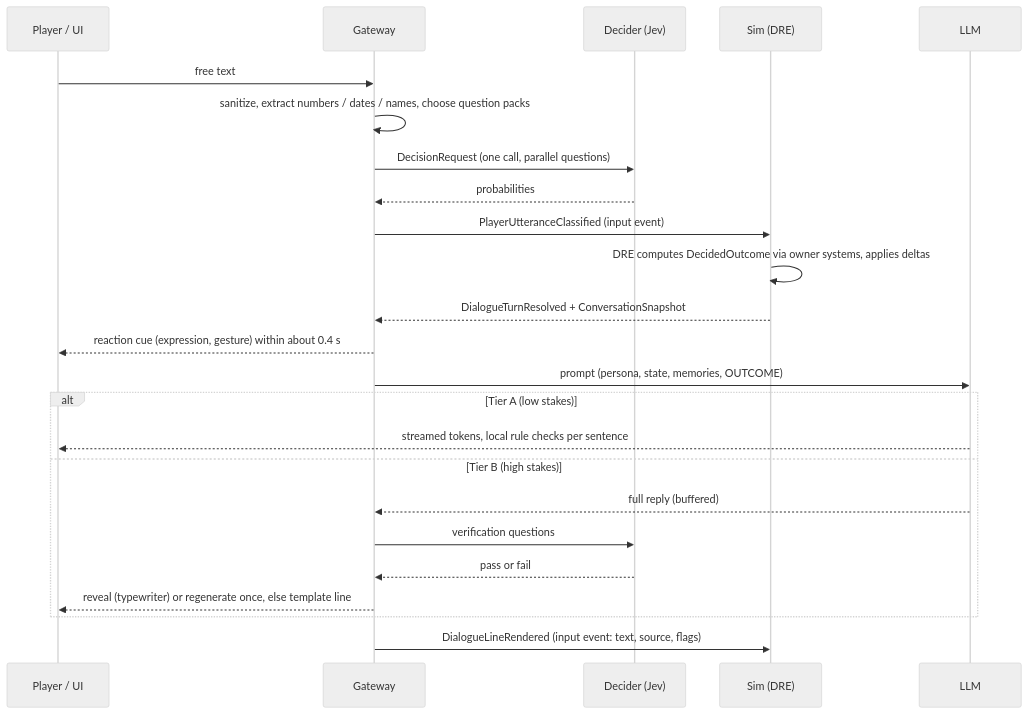
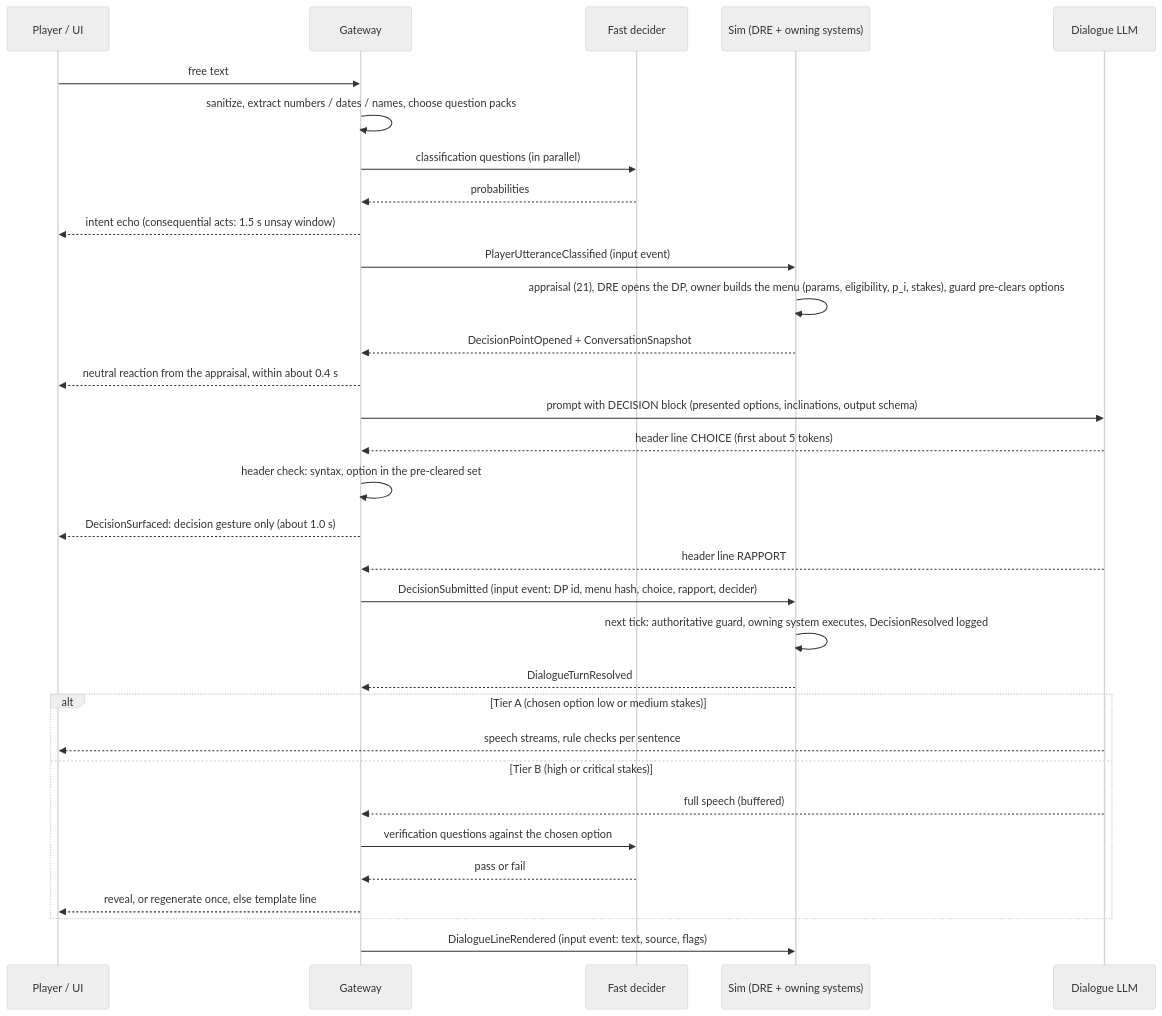
One commit to elefant35/FeudalSim changed the third of 3 diagrams in docs/tech/22-llm-integration.md. Above: the diagram before and after it, drawn with Mermaid (neutral theme). The commit also changed other lines of this file and 35 other files, not shown here.

````diff
--- a/docs/tech/22-llm-integration.md
+++ b/docs/tech/22-llm-integration.md
@@ -256,26 +368,34 @@
 ```mermaid
 sequenceDiagram
   participant P as Player / UI
   participant G as Gateway
-  participant J as Decider (Jev)
-  participant S as Sim (DRE)
-  participant L as LLM
+  participant F as Fast decider
+  participant S as Sim (DRE + owning systems)
+  participant L as Dialogue LLM
   P->>G: free text
   G->>G: sanitize, extract numbers / dates / names, choose question packs
-  G->>J: DecisionRequest (one call, parallel questions)
-  J-->>G: probabilities
+  G->>F: classification questions (in parallel)
+  F-->>G: probabilities
+  G-->>P: intent echo (consequential acts: 1.5 s unsay window)
   G->>S: PlayerUtteranceClassified (input event)
-  S->>S: DRE computes DecidedOutcome via owner systems, applies deltas
-  S-->>G: DialogueTurnResolved + ConversationSnapshot
-  G-->>P: reaction cue (expression, gesture) within about 0.4 s
-  G->>L: prompt (persona, state, memories, OUTCOME)
-  alt Tier A (low stakes)
-    L-->>P: streamed tokens, local rule checks per sentence
-  else Tier B (high stakes)
-    L-->>G: full reply (buffered)
-    G->>J: verification questions
-    J-->>G: pass or fail
-    G-->>P: reveal (typewriter) or regenerate once, else template line
+  S->>S: appraisal (21), DRE opens the DP, owner builds the menu (params, eligibility, p_i, stakes), guard pre-clears options
+  S-->>G: DecisionPointOpened + ConversationSnapshot
+  G-->>P: neutral reaction from the appraisal, within about 0.4 s
+  G->>L: prompt with DECISION block (presented options, inclinations, output schema)
+  L-->>G: header line CHOICE (first about 5 tokens)
+  G->>G: header check: syntax, option in the pre-cleared set
+  G-->>P: DecisionSurfaced: decision gesture only (about 1.0 s)
+  L-->>G: header line RAPPORT
+  G->>S: DecisionSubmitted (input event: DP id, menu hash, choice, rapport, decider)
+  S->>S: next tick: authoritative guard, owning system executes, DecisionResolved logged
+  S-->>G: DialogueTurnResolved
+  alt Tier A (chosen option low or medium stakes)
+    L-->>P: speech streams, rule checks per sentence
+  else Tier B (high or critical stakes)
+    L-->>G: full speech (buffered)
+    G->>F: verification questions against the chosen option
+    F-->>G: pass or fail
+    G-->>P: reveal, or regenerate once, else template line
   end
   G->>S: DialogueLineRendered (input event: text, source, flags)
 ```
````
